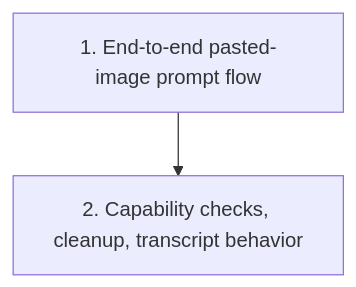
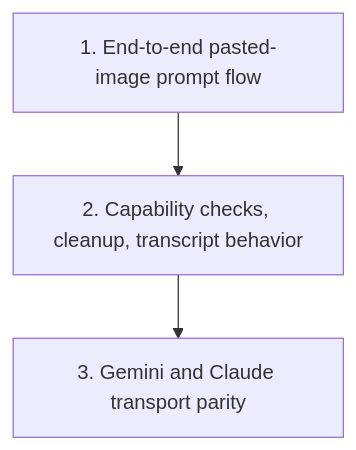
The diagram in docs/plan/prompt_image_paste.md (opencloudtool/agentty), drawn with Mermaid before and after one commit. The commit also changed other lines of this file and 17 other files, not shown here.

````diff
--- a/docs/plan/prompt_image_paste.md
+++ b/docs/plan/prompt_image_paste.md
@@ -104,4 +138,5 @@
 ```mermaid
 graph TD
     P1[1. End-to-end pasted-image prompt flow] --> P2[2. Capability checks, cleanup, transcript behavior]
+    P2 --> P3[3. Gemini and Claude transport parity]
 ```
````
